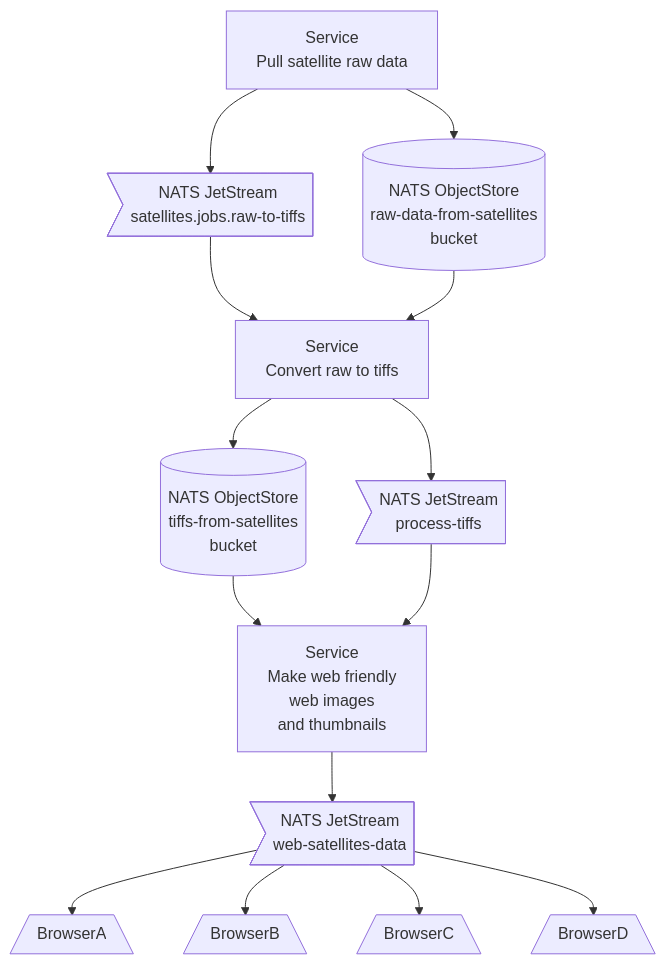
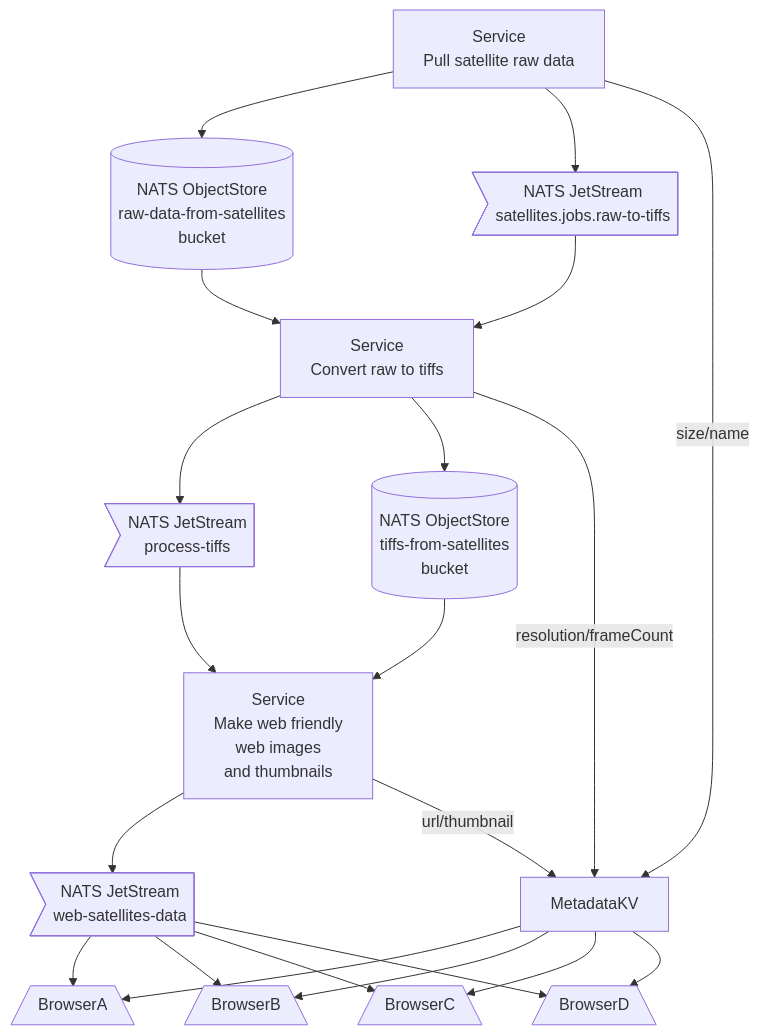
One commit to Ynosis/nats-geoint changed the diagram in README.md. Above: the diagram before and after it, drawn with Mermaid. The commit also changed 30 other files, not shown here.

````diff
--- a/README.md
+++ b/README.md
@@ -1,26 +1,33 @@
 ```mermaid
 graph TD;
 PullRawSat[Service\nPull satellite raw data]
 RawObjectStore[(NATS ObjectStore\nraw-data-from-satellites\nbucket)]
 ConvertTiffJobBuffer>NATS JetStream\nsatellites.jobs.raw-to-tiffs]
 ConvertVideosToTiff[Service\nConvert raw to tiffs]
 TiffsFromSatellitesObjectStore[(NATS ObjectStore\ntiffs-from-satellites\nbucket)]
 MakeWebFriendly[Service\nMake web friendly\nweb images\nand thumbnails]
 WebFriendlySatellitesObjectStore>NATS JetStream\nweb-satellites-data]
 WebFriendlyJobBuffer>NATS JetStream\nprocess-tiffs]
 
 PullRawSat-->RawObjectStore
 PullRawSat-->ConvertTiffJobBuffer
+PullRawSat-->|size/name|MetadataKV
 ConvertTiffJobBuffer-->ConvertVideosToTiff
 RawObjectStore-->ConvertVideosToTiff
 ConvertVideosToTiff-->WebFriendlyJobBuffer
 ConvertVideosToTiff-->TiffsFromSatellitesObjectStore
+ConvertVideosToTiff-->|resolution/frameCount|MetadataKV
 TiffsFromSatellitesObjectStore-->MakeWebFriendly-->WebFriendlySatellitesObjectStore
 WebFriendlyJobBuffer-->MakeWebFriendly
+MakeWebFriendly-->|url/thumbnail|MetadataKV
 
 WebFriendlySatellitesObjectStore-->BrowserA[/BrowserA\]
+MetadataKV-->BrowserA[/BrowserA\]
 WebFriendlySatellitesObjectStore-->BrowserB[/BrowserB\]
+MetadataKV-->BrowserB[/BrowserB\]
 WebFriendlySatellitesObjectStore-->BrowserC[/BrowserC\]
+MetadataKV-->BrowserC[/BrowserC\]
 WebFriendlySatellitesObjectStore-->BrowserD[/BrowserD\]
+MetadataKV-->BrowserD[/BrowserD\]
 
 ```
````
